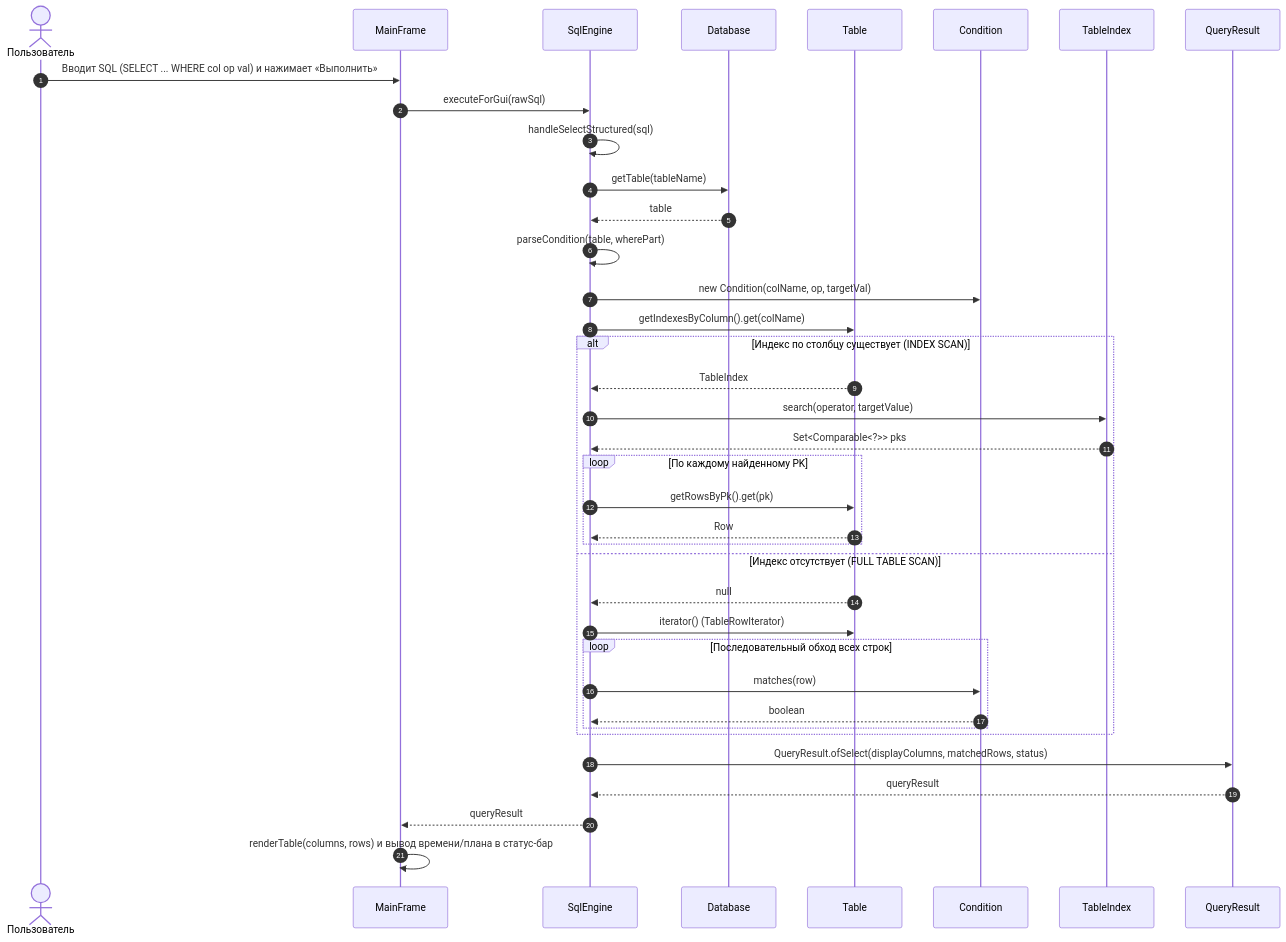
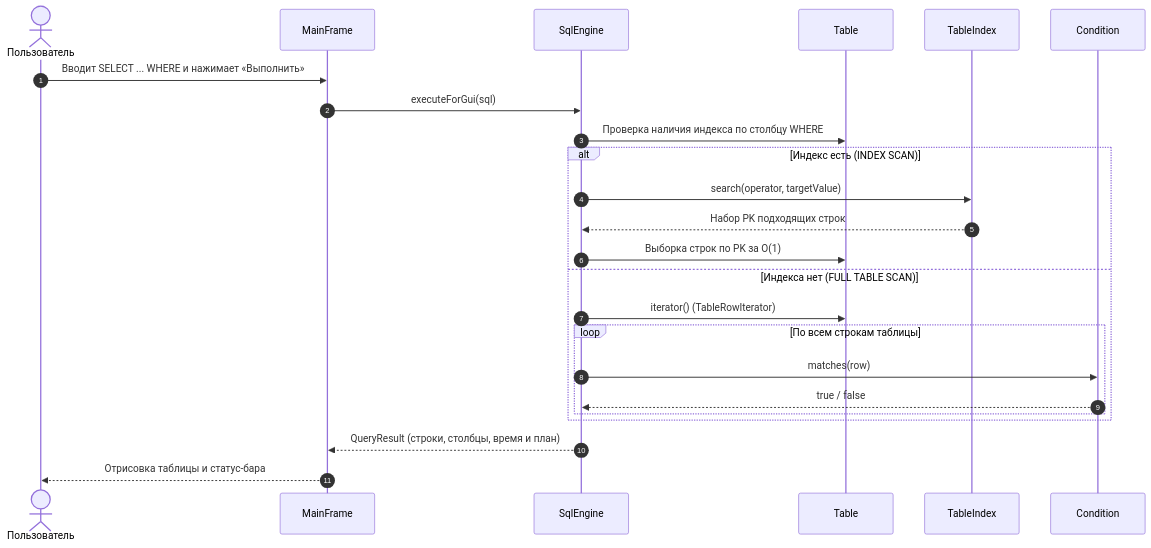
One commit to nezert7/Laba_java_2 changed the second of 2 diagrams in README.md. Above: the diagram before and after it, drawn with Mermaid. The commit also changed other lines of this file, not shown here.

````diff
--- a/README.md
+++ b/README.md
@@ -198,41 +140,27 @@
 ```mermaid
 sequenceDiagram
     autonumber
     actor User as Пользователь
     participant UI as MainFrame
     participant Engine as SqlEngine
-    participant DB as Database
     participant Tbl as Table
+    participant Idx as TableIndex
     participant Cond as Condition
-    participant Idx as TableIndex
-    participant Res as QueryResult
 
-    User->>UI: Вводит SQL (SELECT ... WHERE col op val) и нажимает «Выполнить»
-    UI->>Engine: executeForGui(rawSql)
-    Engine->>Engine: handleSelectStructured(sql)
-    Engine->>DB: getTable(tableName)
-    DB-->>Engine: table
-    Engine->>Engine: parseCondition(table, wherePart)
-    Engine->>Cond: new Condition(colName, op, targetVal)
-    Engine->>Tbl: getIndexesByColumn().get(colName)
-    alt Индекс по столбцу существует (INDEX SCAN)
-        Tbl-->>Engine: TableIndex
+    User->>UI: Вводит SELECT ... WHERE и нажимает «Выполнить»
+    UI->>Engine: executeForGui(sql)
+    Engine->>Tbl: Проверка наличия индекса по столбцу WHERE
+    alt Индекс есть (INDEX SCAN)
         Engine->>Idx: search(operator, targetValue)
-        Idx-->>Engine: Set<Comparable<?>> pks
-        loop По каждому найденному PK
-            Engine->>Tbl: getRowsByPk().get(pk)
-            Tbl-->>Engine: Row
-        end
-    else Индекс отсутствует (FULL TABLE SCAN)
-        Tbl-->>Engine: null
+        Idx-->>Engine: Набор PK подходящих строк
+        Engine->>Tbl: Выборка строк по PK за O(1)
+    else Индекса нет (FULL TABLE SCAN)
         Engine->>Tbl: iterator() (TableRowIterator)
-        loop Последовательный обход всех строк
+        loop По всем строкам таблицы
             Engine->>Cond: matches(row)
-            Cond-->>Engine: boolean
+            Cond-->>Engine: true / false
         end
     end
-    Engine->>Res: QueryResult.ofSelect(displayColumns, matchedRows, status)
-    Res-->>Engine: queryResult
-    Engine-->>UI: queryResult
-    UI->>UI: renderTable(columns, rows) и вывод времени/плана в статус-бар
+    Engine-->>UI: QueryResult (строки, столбцы, время и план)
+    UI-->>User: Отрисовка таблицы и статус-бара
 ```
````
